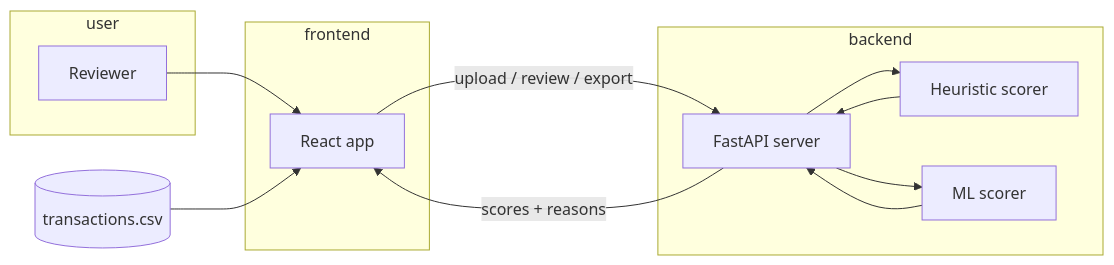
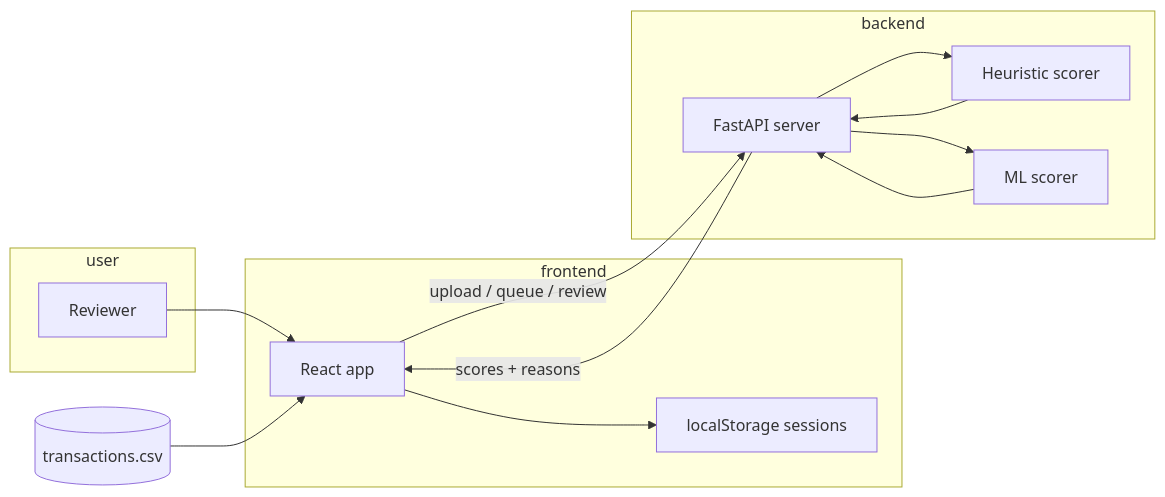
One commit to Benjamincf0/unfraud changed the diagram in backend/docs/01-overview.md. Above: the diagram before and after it, drawn with Mermaid. The commit also changed other lines of this file and 11 other files, not shown here.

````diff
--- a/backend/docs/01-overview.md
+++ b/backend/docs/01-overview.md
@@ -52,23 +56,25 @@
 ```mermaid
 flowchart LR
   subgraph user
     R[Reviewer]
   end
   subgraph frontend
     UI[React app]
+    LS[localStorage sessions]
   end
   subgraph backend
     API[FastAPI server]
     H[Heuristic scorer]
     M[ML scorer]
   end
   CSV[(transactions.csv)]
   R --> UI
-  UI -->|upload / review / export| API
+  UI --> LS
+  UI -->|upload / queue / review| API
   CSV --> UI
   API --> H
   API --> M
   H --> API
   M --> API
   API -->|scores + reasons| UI
 ```
````
